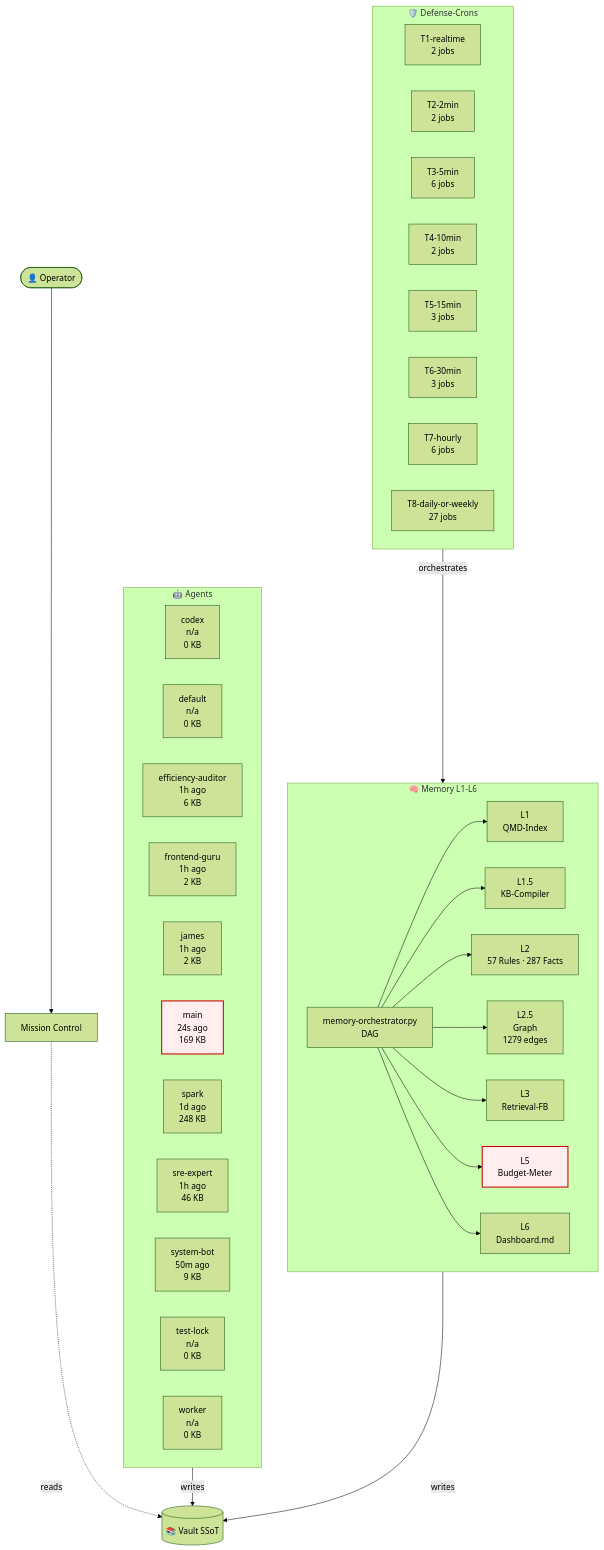
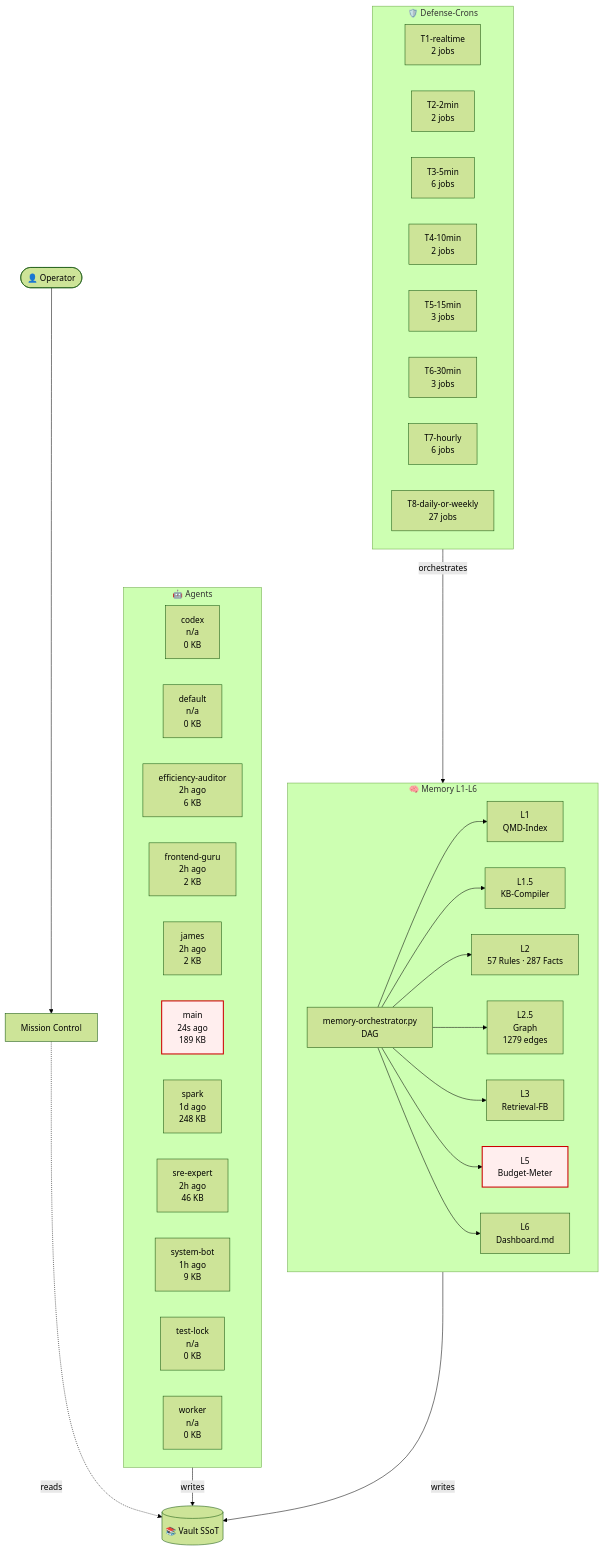
One commit to lenardhuebner88-rgb/openclaw-memory changed the diagram in 03-Agents/architecture-live.md. Above: the diagram before and after it, drawn with Mermaid (forest theme). The commit also changed other lines of this file and 3 other files, not shown here.

````diff
--- a/03-Agents/architecture-live.md
+++ b/03-Agents/architecture-live.md
@@ -18,54 +18,54 @@
 ```mermaid
 flowchart TB
     classDef critical fill:#fee,stroke:#c00,stroke-width:2px;
     subgraph AGT["🤖 Agents"]
         agent_codex["codex<br/>n/a<br/>0 KB"]
         agent_default["default<br/>n/a<br/>0 KB"]
-        agent_efficiency_auditor["efficiency-auditor<br/>1h ago<br/>6 KB"]
-        agent_frontend_guru["frontend-guru<br/>1h ago<br/>2 KB"]
-        agent_james["james<br/>1h ago<br/>2 KB"]
-        agent_main["main<br/>24s ago<br/>169 KB"]
+        agent_efficiency_auditor["efficiency-auditor<br/>2h ago<br/>6 KB"]
+        agent_frontend_guru["frontend-guru<br/>2h ago<br/>2 KB"]
+        agent_james["james<br/>2h ago<br/>2 KB"]
+        agent_main["main<br/>24s ago<br/>189 KB"]
         agent_spark["spark<br/>1d ago<br/>248 KB"]
-        agent_sre_expert["sre-expert<br/>1h ago<br/>46 KB"]
-        agent_system_bot["system-bot<br/>50m ago<br/>9 KB"]
+        agent_sre_expert["sre-expert<br/>2h ago<br/>46 KB"]
+        agent_system_bot["system-bot<br/>1h ago<br/>9 KB"]
         agent_test_lock["test-lock<br/>n/a<br/>0 KB"]
         agent_worker["worker<br/>n/a<br/>0 KB"]
     end
     subgraph MEM["🧠 Memory L1-L6"]
         L1["L1<br/>QMD-Index"]
         L15["L1.5<br/>KB-Compiler"]
         L2["L2<br/>57 Rules · 287 Facts"]
         L25["L2.5<br/>Graph<br/>1279 edges"]
         L3["L3<br/>Retrieval-FB"]
         L5["L5<br/>Budget-Meter"]
         L6["L6<br/>Dashboard.md"]
         ORCH["memory-orchestrator.py<br/>DAG"]
     end
     subgraph CRN["🛡️ Defense-Crons"]
         tier_T1_realtime["T1-realtime<br/>2 jobs"]
         tier_T2_2min["T2-2min<br/>2 jobs"]
         tier_T3_5min["T3-5min<br/>6 jobs"]
         tier_T4_10min["T4-10min<br/>2 jobs"]
         tier_T5_15min["T5-15min<br/>3 jobs"]
         tier_T6_30min["T6-30min<br/>3 jobs"]
         tier_T7_hourly["T7-hourly<br/>6 jobs"]
         tier_T8_daily_or_weekly["T8-daily-or-weekly<br/>27 jobs"]
     end
     VAULT[("📚 Vault SSoT")]
     OP([👤 Operator])
     MC["Mission Control"]
     OP --> MC
     MC -.reads.-> VAULT
     AGT -->|writes| VAULT
     MEM -->|writes| VAULT
     ORCH --> L1
     ORCH --> L15
     ORCH --> L2
     ORCH --> L25
     ORCH --> L3
     ORCH --> L5
     ORCH --> L6
     CRN -->|orchestrates| MEM
     class L5 critical
     class agent_main critical
 ```
````
